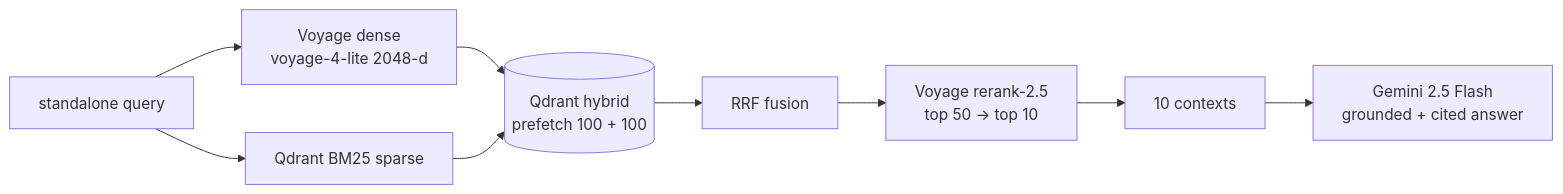
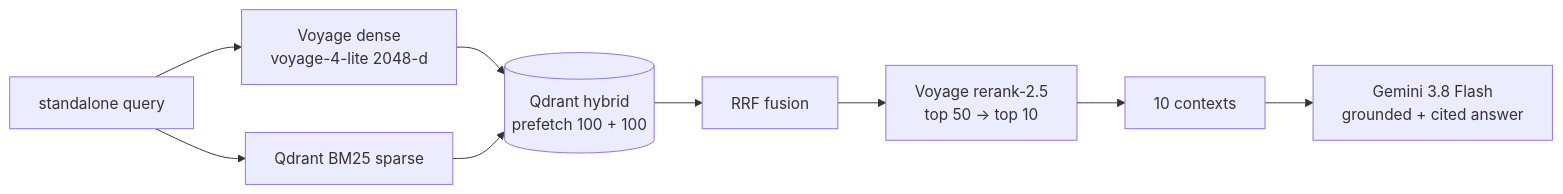
Before and after one commit to olaheavy-dev/fastpilot: the first of 4 diagrams in wiki/component-architecture.md, drawn with Mermaid. The commit also changed other lines of this file and 8 other files, not shown here.

First line of the commit message:
Production model: gemini-3.8-flash with gemini-3.5-flash-lite fallback

````diff
--- a/wiki/component-architecture.md
+++ b/wiki/component-architecture.md
@@ -26,9 +26,9 @@
 ```mermaid
 flowchart LR
     Q[standalone query] --> D[Voyage dense<br/>voyage-4-lite 2048-d]
     Q --> S[Qdrant BM25 sparse]
     D --> QD[(Qdrant hybrid<br/>prefetch 100 + 100)]
     S --> QD
     QD --> RRF[RRF fusion] --> RK[Voyage rerank-2.5<br/>top 50 → top 10]
-    RK --> CTX[10 contexts] --> GEN[Gemini 2.5 Flash<br/>grounded + cited answer]
+    RK --> CTX[10 contexts] --> GEN[Gemini 3.8 Flash<br/>grounded + cited answer]
 ```
````
